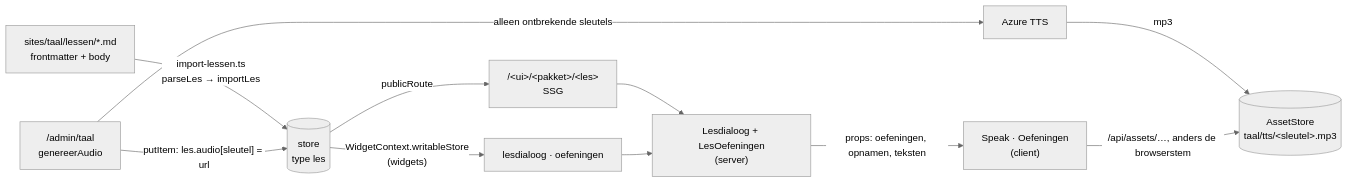
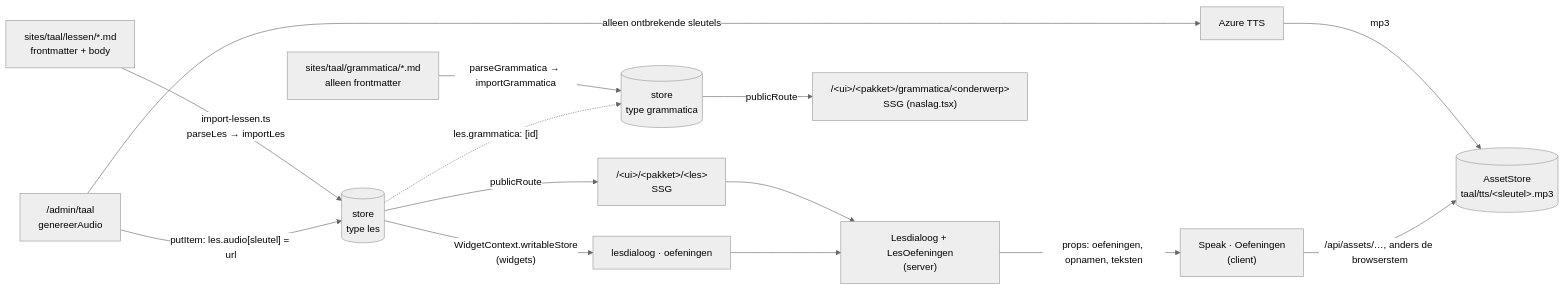
Diagram 17 of 19 in docs/architecture.md (MarkWestbroek/imprint-engine), drawn with Mermaid (neutral theme) before and after one commit. The commit also changed other lines of this file and 35 other files, not shown here.

First line of the commit message:
feat(taal): grammatica als naslagwerk naast de lessen

````diff
--- a/docs/architecture.md
+++ b/docs/architecture.md
@@ -1748,13 +1748,16 @@
 ```mermaid
 flowchart LR
     F["sites/taal/lessen/*.md<br/>frontmatter + body"] -- "import-lessen.ts<br/>parseLes → importLes" --> ST[("store<br/>type les")]
     ST -- "WidgetContext.writableStore<br/>(widgets)" --> W["lesdialoog · oefeningen"]
     ST -- "publicRoute" --> R["/&lt;ui&gt;/&lt;pakket&gt;/&lt;les&gt;<br/>SSG"]
     R --> LV["Lesdialoog + LesOefeningen<br/>(server)"]
     W --> LV
     LV -- "props: oefeningen, opnamen, teksten" --> CL["Speak · Oefeningen<br/>(client)"]
     A["/admin/taal<br/>genereerAudio"] -- "alleen ontbrekende sleutels" --> AZ["Azure TTS"]
     AZ -- mp3 --> AS[("AssetStore<br/>taal/tts/&lt;sleutel&gt;.mp3")]
     A -- "putItem: les.audio[sleutel] = url" --> ST
     CL -- "/api/assets/…, anders de browserstem" --> AS
+    G["sites/taal/grammatica/*.md<br/>alleen frontmatter"] -- "parseGrammatica → importGrammatica" --> SG[("store<br/>type grammatica")]
+    SG -- "publicRoute" --> GR["/&lt;ui&gt;/&lt;pakket&gt;/grammatica/&lt;onderwerp&gt;<br/>SSG (naslag.tsx)"]
+    ST -. "les.grammatica: [id]" .-> SG
 ```
````
